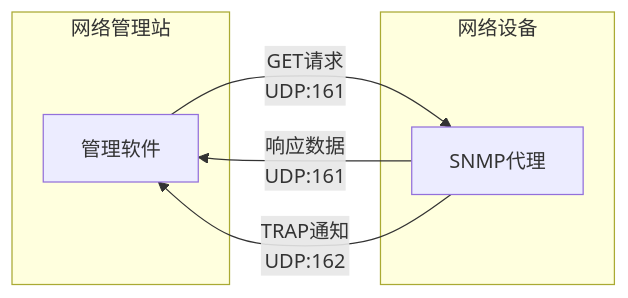
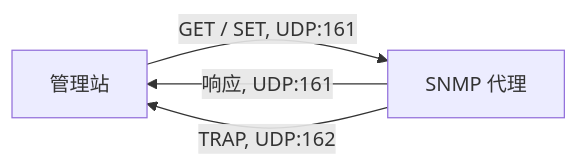
Before and after one commit to Dtheme/CS-base: the sixth of 9 diagrams in 计算机网络/3.2传输层：UDP协议与应用.md, drawn with Mermaid. The commit also changed other lines of this file and 51 other files, not shown here.

````diff
--- a/计算机网络/3.2传输层：UDP协议与应用.md
+++ b/计算机网络/3.2传输层：UDP协议与应用.md
@@ -528,14 +383,6 @@
 ```mermaid
 graph LR
-    subgraph "网络管理站"
-        NMS[管理软件]
-    end
-    
-    subgraph "网络设备"
-        DEV[SNMP代理]
-    end
-    
-    NMS -->|GET请求<br/>UDP:161| DEV
-    DEV -->|响应数据<br/>UDP:161| NMS
-    DEV -->|TRAP通知<br/>UDP:162| NMS
+    NMS[管理站] -->|GET / SET, UDP:161| DEV[SNMP 代理]
+    DEV -->|响应, UDP:161| NMS
+    DEV -->|TRAP, UDP:162| NMS
 ```
````
